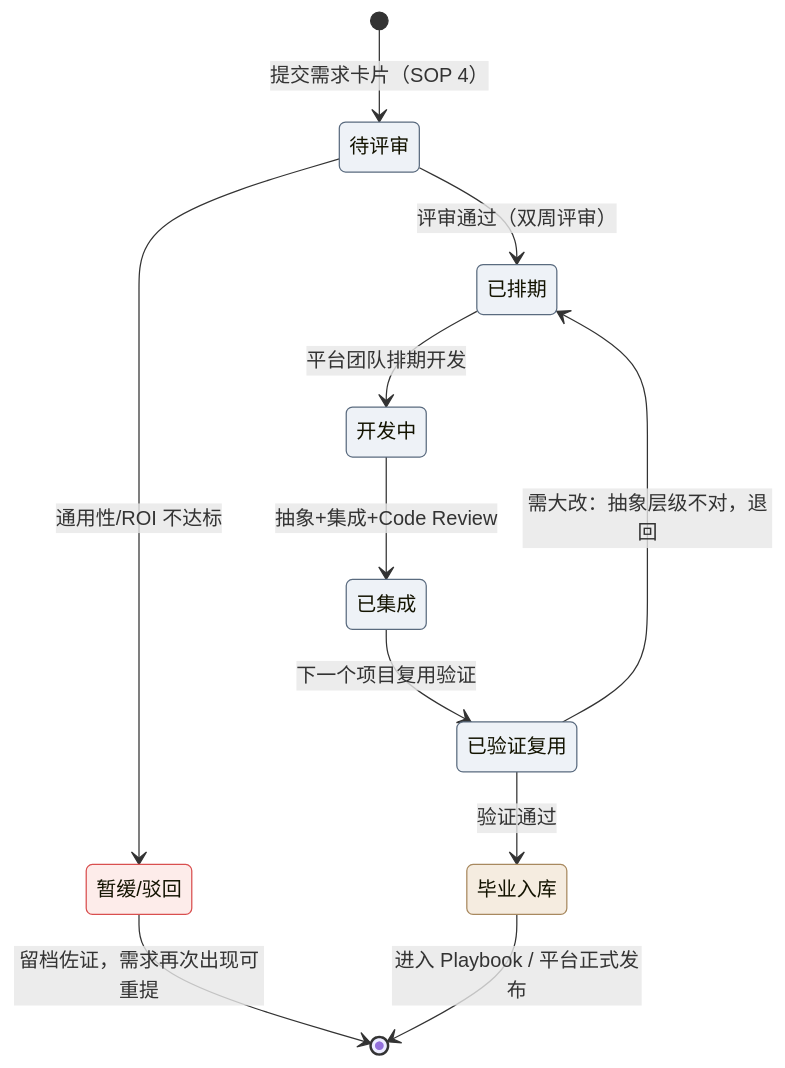
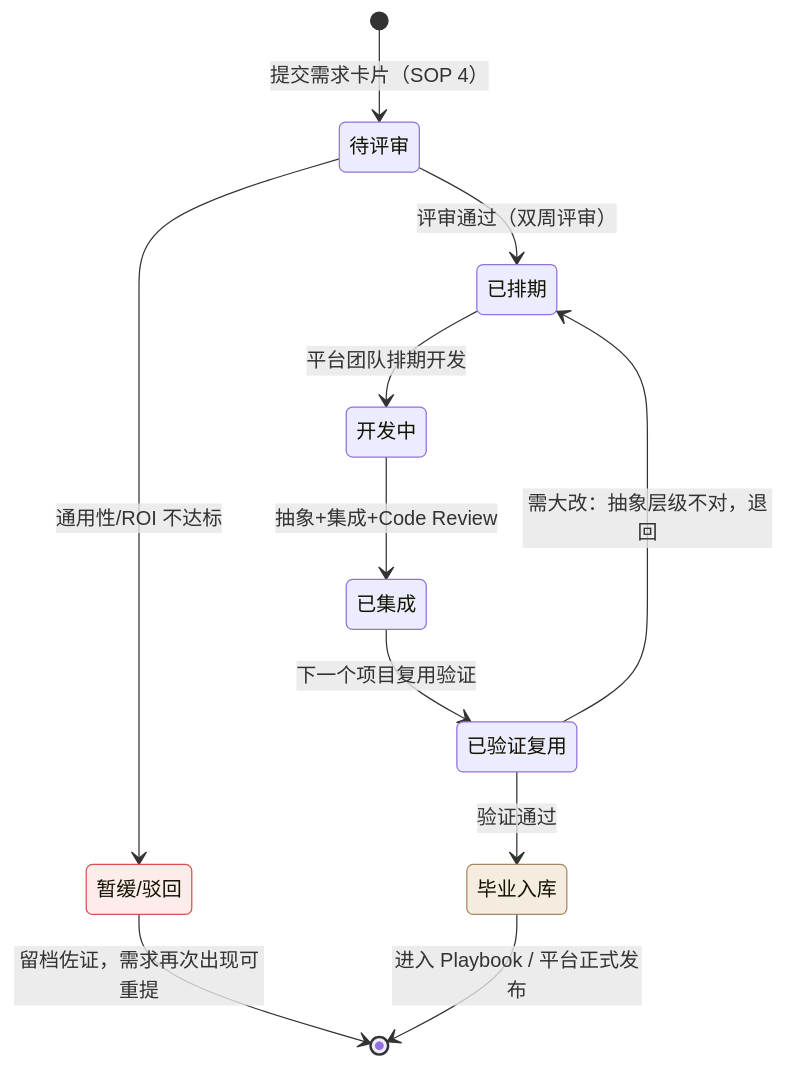
One commit to cloudzun/fde-course changed the third of 4 diagrams in textbook/第09章_能力回注方法论.md. Above: the diagram before and after it, drawn with Mermaid. The commit also changed other lines of this file and 10 other files, not shown here.

Commit message:
style: 全库mermaid配色统一以第11章为标准——删主色灰底style，仅保留强调蓝/琥珀金/绿/红四色点缀（40行，方向与第11章图不动）

````diff
--- a/textbook/第09章_能力回注方法论.md
+++ b/textbook/第09章_能力回注方法论.md
@@ -119,28 +117,26 @@
 ```mermaid
 stateDiagram-v2
     Pending: 待评审
     Scheduled: 已排期
     Developing: 开发中
     Integrated: 已集成
     Verified: 已验证复用
     Graduated: 毕业入库
     Rejected: 暂缓/驳回
 
     [*] --> Pending: 提交需求卡片（SOP 4）
     Pending --> Scheduled: 评审通过（双周评审）
     Pending --> Rejected: 通用性/ROI 不达标
     Rejected --> [*]: 留档佐证，需求再次出现可重提
     Scheduled --> Developing: 平台团队排期开发
     Developing --> Integrated: 抽象+集成+Code Review
     Integrated --> Verified: 下一个项目复用验证
     Verified --> Graduated: 验证通过
     Graduated --> [*]: 进入 Playbook / 平台正式发布
     Verified --> Scheduled: 需大改：抽象层级不对，退回
 
-    classDef main fill:#eef2f7,stroke:#5a6b7f
     classDef done fill:#f5ece0,stroke:#a8895f
     classDef bad fill:#fdecea,stroke:#d94f4f
-    class Pending,Scheduled,Developing,Integrated,Verified main
     class Graduated done
     class Rejected bad
 ```
````
